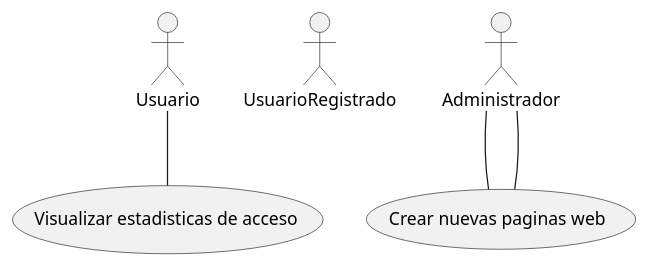
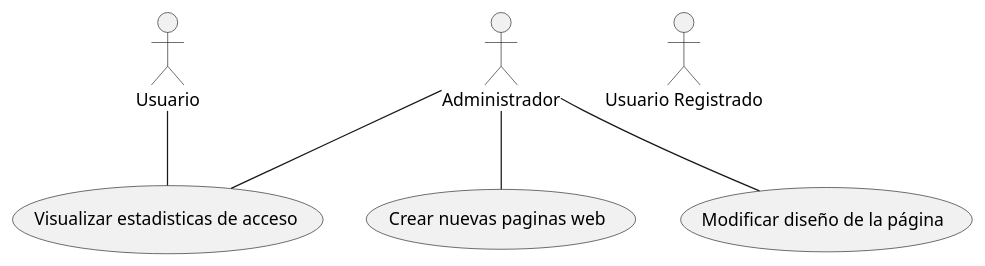
The diagram in Proyecto/source/Portal.puml (cgg734/INRE-UAL-MORADO-2022-2023), drawn with PlantUML before and after one commit. The commit also changed 1 other file, not shown here.

```diff
--- a/Proyecto/source/Portal.puml
+++ b/Proyecto/source/Portal.puml
@@ -1,11 +1,12 @@
 @startuml Portal
 actor Usuario
-actor UsuarioRegistrado
+actor UR as "Usuario Registrado"
 actor Administrador
 
 
 Administrador--(Crear nuevas paginas web)
 Usuario--(Visualizar estadisticas de acceso)
-Administrador--(Crear nuevas paginas web)
+Administrador--(Modificar diseño de la página)
+Administrador--(Visualizar estadisticas de acceso)
 
 @enduml
```
